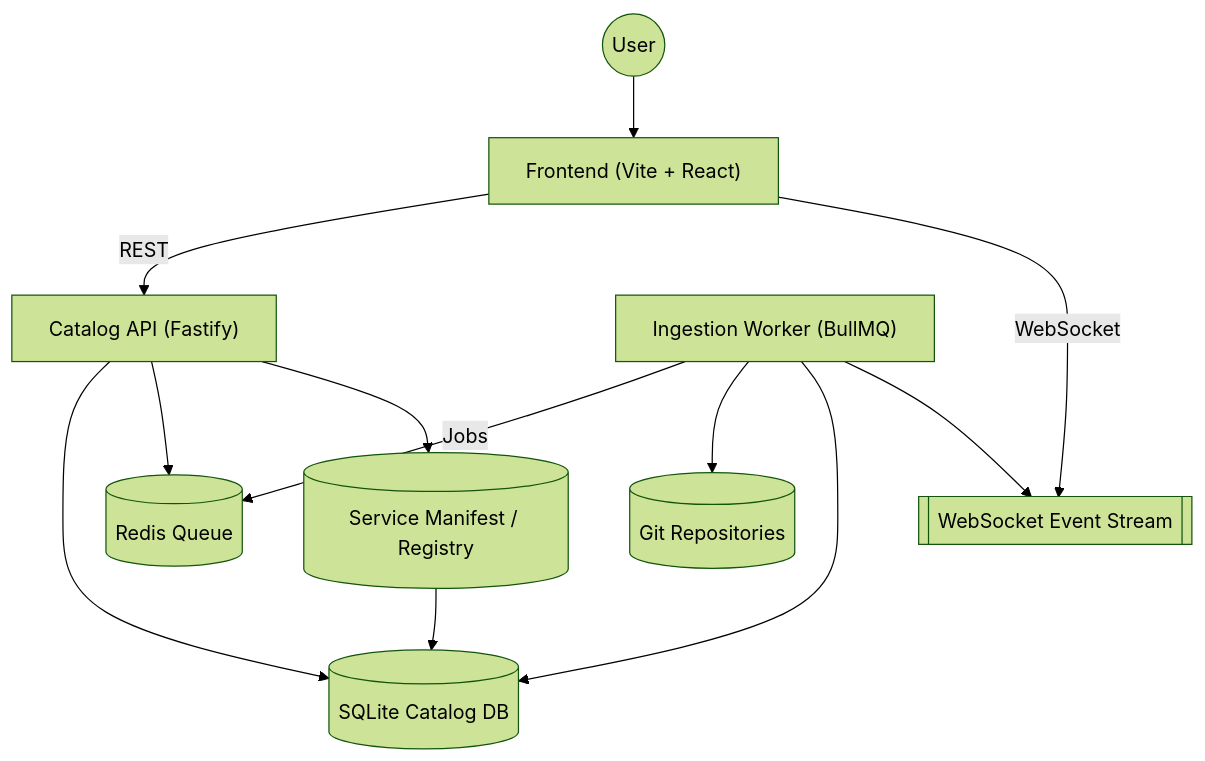
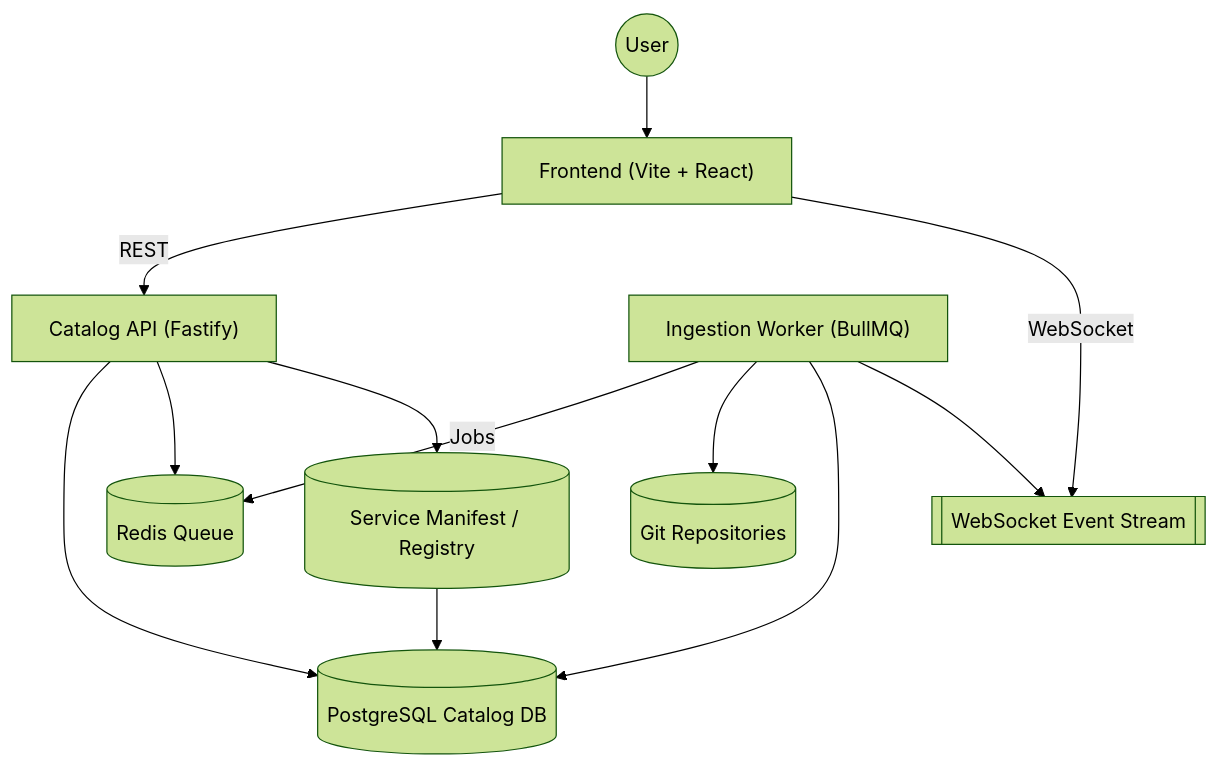
One commit to benediktbwimmer/apphub changed the diagram in docs/architecture.md. Above: the diagram before and after it, drawn with Mermaid (forest theme). The commit also changed other lines of this file and 5 other files, not shown here.

````diff
--- a/docs/architecture.md
+++ b/docs/architecture.md
@@ -18,24 +18,24 @@
 ```mermaid
 graph TD
   User((User))
   Frontend["Frontend (Vite + React)"]
   API["Catalog API (Fastify)"]
   Worker["Ingestion Worker (BullMQ)"]
   Redis[("Redis Queue")]
-  SQLite[("SQLite Catalog DB")]
+  Postgres[("PostgreSQL Catalog DB")]
   Repo[("Git Repositories")]
   Services[("Service Manifest / Registry")]
   Events[["WebSocket Event Stream"]]
 
   User --> Frontend
   Frontend -->|REST| API
   Frontend -->|WebSocket| Events
-  API --> SQLite
+  API --> Postgres
   API --> Redis
   API --> Services
   Worker -->|Jobs| Redis
   Worker --> Repo
-  Worker --> SQLite
+  Worker --> Postgres
   Worker --> Events
-  Services --> SQLite
+  Services --> Postgres
 ```
````
